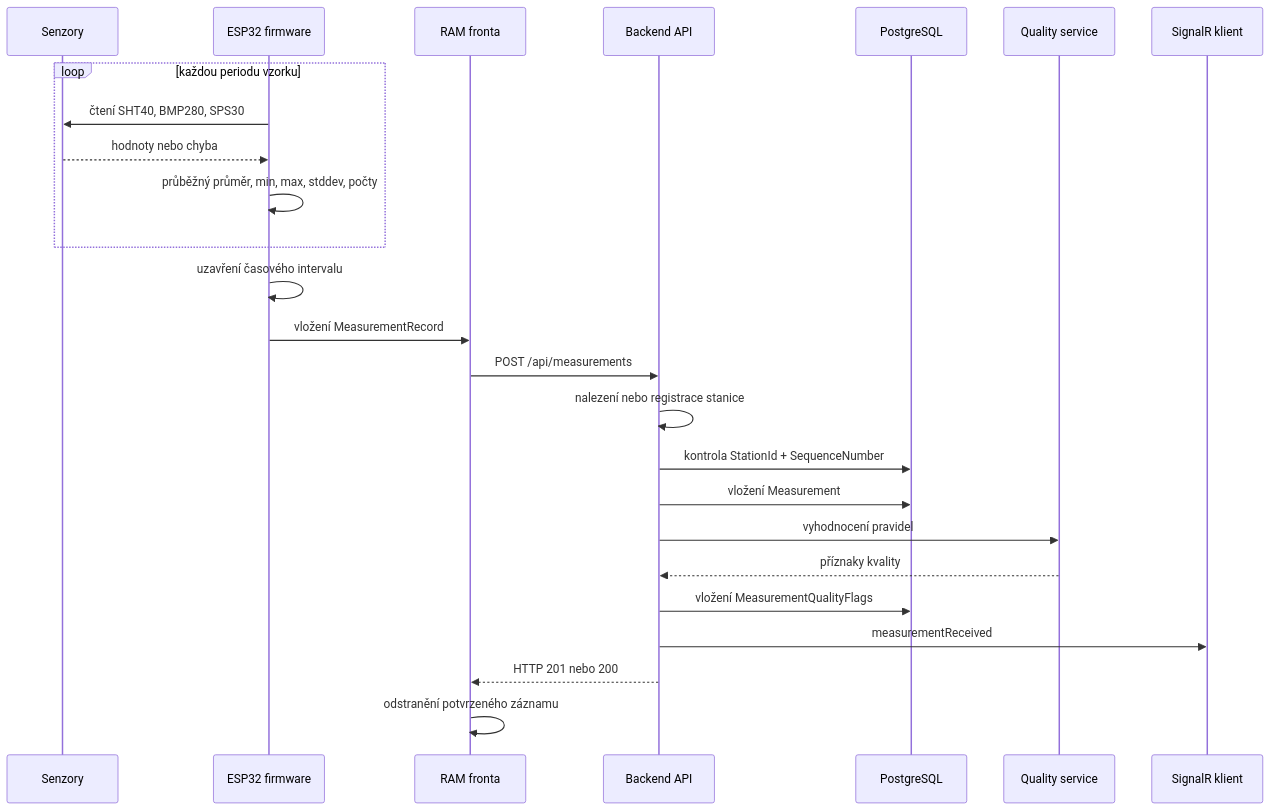
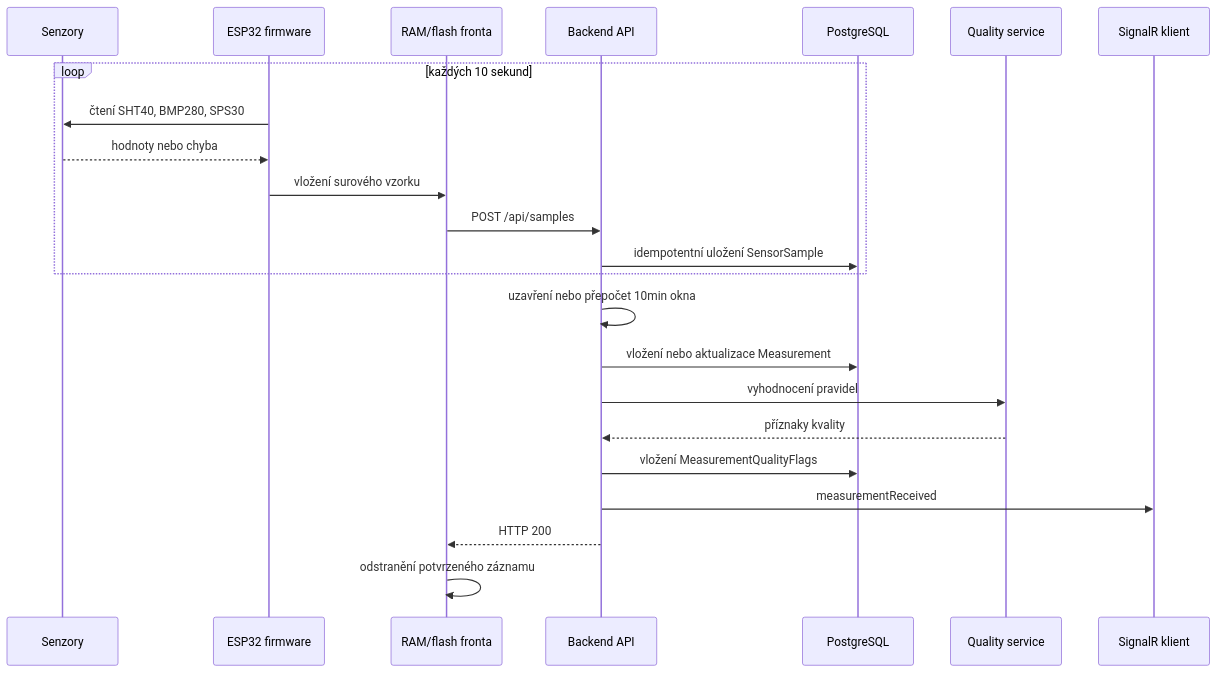
One commit to Radovan30/MeteoStanice changed the third of 3 diagrams in docs/ARCHITEKTURA_A_POPIS_SYSTEMU.md. Above: the diagram before and after it, drawn with Mermaid. The commit also changed other lines of this file and 98 other files, not shown here.

````diff
--- a/docs/ARCHITEKTURA_A_POPIS_SYSTEMU.md
+++ b/docs/ARCHITEKTURA_A_POPIS_SYSTEMU.md
@@ -852,29 +1006,27 @@
 ```mermaid
 sequenceDiagram
     participant Sensors as Senzory
     participant ESP as ESP32 firmware
-    participant Queue as RAM fronta
+    participant Queue as RAM/flash fronta
     participant API as Backend API
     participant DB as PostgreSQL
     participant QC as Quality service
     participant UI as SignalR klient
 
-    loop každou periodu vzorku
+    loop každých 10 sekund
         ESP->>Sensors: čtení SHT40, BMP280, SPS30
         Sensors-->>ESP: hodnoty nebo chyba
-        ESP->>ESP: průběžný průměr, min, max, stddev, počty
+        ESP->>Queue: vložení surového vzorku
+        Queue->>API: POST /api/samples
+        API->>DB: idempotentní uložení SensorSample
     end
 
-    ESP->>ESP: uzavření časového intervalu
-    ESP->>Queue: vložení MeasurementRecord
-    Queue->>API: POST /api/measurements
-    API->>API: nalezení nebo registrace stanice
-    API->>DB: kontrola StationId + SequenceNumber
-    API->>DB: vložení Measurement
+    API->>API: uzavření nebo přepočet 10min okna
+    API->>DB: vložení nebo aktualizace Measurement
     API->>QC: vyhodnocení pravidel
     QC-->>API: příznaky kvality
     API->>DB: vložení MeasurementQualityFlags
     API->>UI: measurementReceived
-    API-->>Queue: HTTP 201 nebo 200
+    API-->>Queue: HTTP 200
     Queue->>Queue: odstranění potvrzeného záznamu
 ```
````
